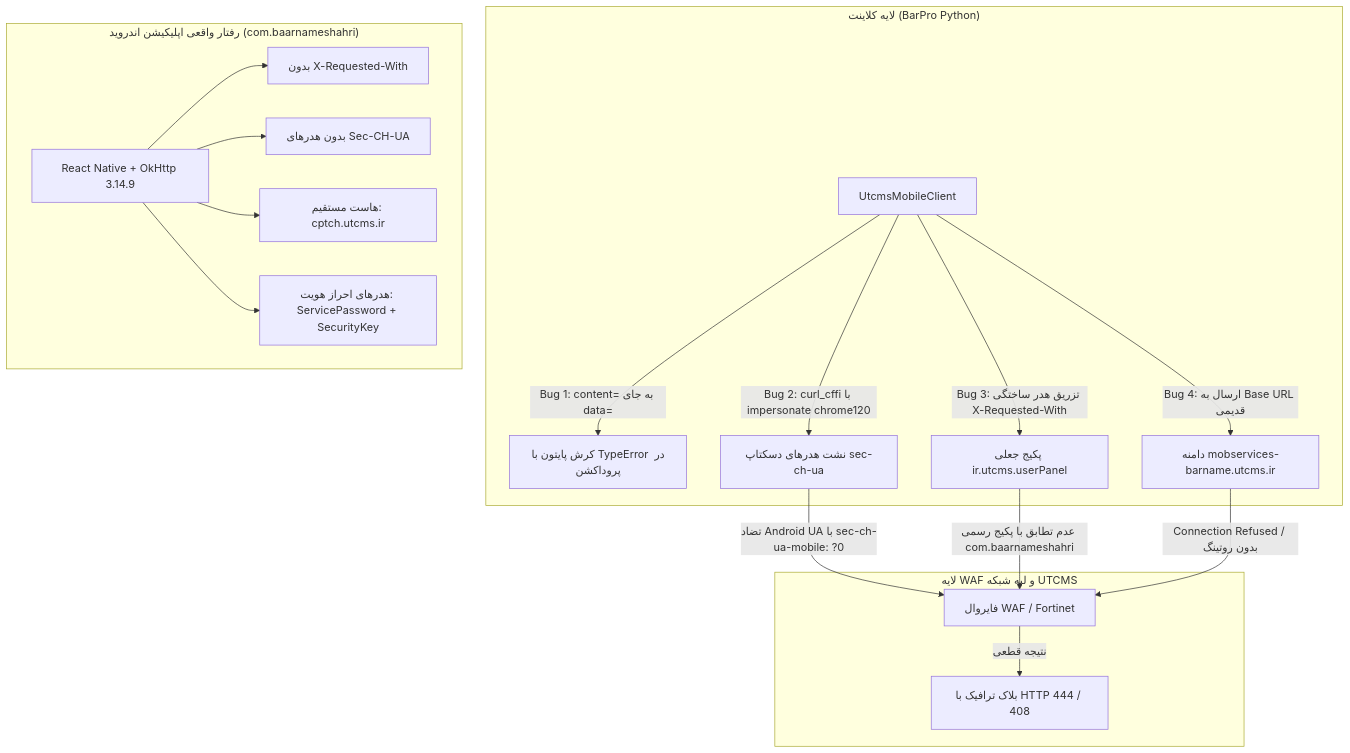
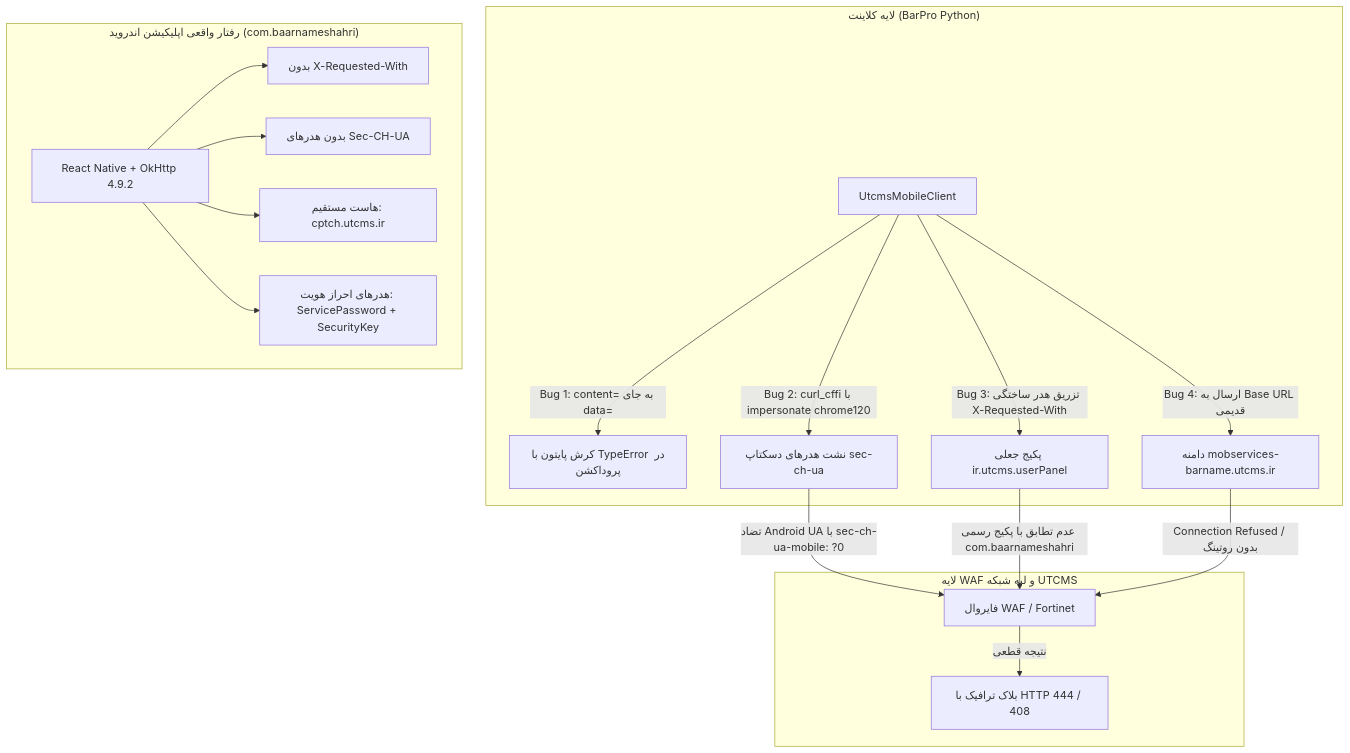
The diagram in docs/UTCMS_MOBILE_AND_WAF_AUDIT_REPORT.md (amir-hdri/BarPro-main), drawn with Mermaid before and after one commit. The commit also changed other lines of this file, not shown here.

Commit message:
docs: correct OkHttp version to 4.9.2 and align exact bytecode offsets

````diff
--- a/docs/UTCMS_MOBILE_AND_WAF_AUDIT_REPORT.md
+++ b/docs/UTCMS_MOBILE_AND_WAF_AUDIT_REPORT.md
@@ -18,23 +18,23 @@
 ```mermaid
 flowchart TD
     subgraph ClientLayer ["لایه کلاینت (BarPro Python)"]
         A[UtcmsMobileClient] -->|Bug 1: content= به جای data=| B[کرش پایتون با TypeError در پروداکشن]
         A -->|Bug 2: curl_cffi با impersonate chrome120| C[نشت هدرهای دسکتاپ sec-ch-ua]
         A -->|Bug 3: تزریق هدر ساختگی X-Requested-With| D[پکیج جعلی ir.utcms.userPanel]
         A -->|Bug 4: ارسال به Base URL قدیمی| E[دامنه mobservices-barname.utcms.ir]
     end
 
     subgraph NetworkWAF ["لایه WAF و لبه شبکه UTCMS"]
         C -->|تضاد Android UA با sec-ch-ua-mobile: ?0| WAF[فایروال WAF / Fortinet]
         D -->|عدم تطابق با پکیج رسمی com.baarnameshahri| WAF
         E -->|Connection Refused / بدون روتینگ| WAF
         WAF -->|نتیجه قطعی| BLK[بلاک ترافیک با HTTP 444 / 408]
     end
 
     subgraph APKReality ["رفتار واقعی اپلیکیشن اندروید (com.baarnameshahri)"]
-        APK[React Native + OkHttp 3.14.9] --> H1[بدون X-Requested-With]
+        APK[React Native + OkHttp 4.9.2] --> H1[بدون X-Requested-With]
         APK --> H2[بدون هدرهای Sec-CH-UA]
         APK --> H3[هاست مستقیم: cptch.utcms.ir]
         APK --> H4[هدرهای احراز هویت: ServicePassword + SecurityKey]
     end
 ```
````
